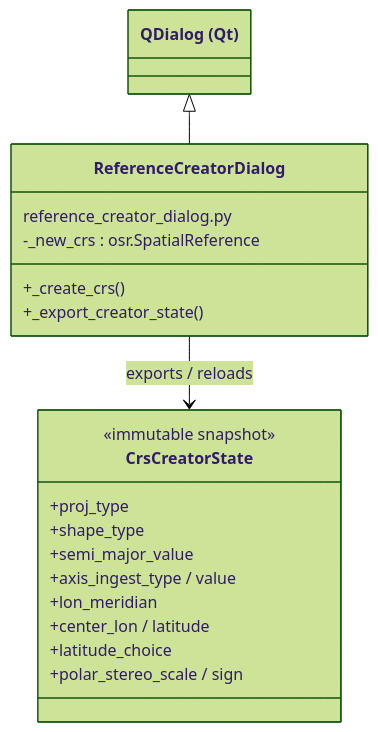
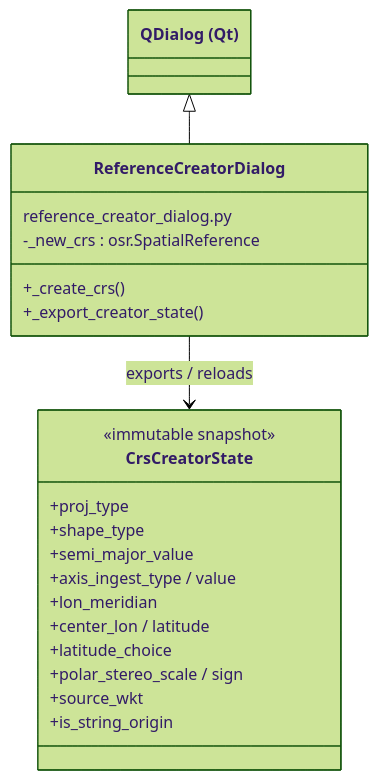
Before and after one commit to Ehlmann-research-group/WISER: the second of 2 diagrams in doc/sphinx-general-wiser-docs/source/developer-content/crs-creator-internals.md, drawn with Mermaid (forest theme). The commit also changed other lines of this file, not shown here.

````diff
--- a/doc/sphinx-general-wiser-docs/source/developer-content/crs-creator-internals.md
+++ b/doc/sphinx-general-wiser-docs/source/developer-content/crs-creator-internals.md
@@ -41,23 +54,25 @@
 ```{mermaid}
 classDiagram
     class QDialog["QDialog (Qt)"]
     class ReferenceCreatorDialog {
         reference_creator_dialog.py
         +_create_crs()
         +_export_creator_state()
         -_new_crs : osr.SpatialReference
     }
     class CrsCreatorState {
         <<immutable snapshot>>
         +proj_type
         +shape_type
         +semi_major_value
         +axis_ingest_type / value
         +lon_meridian
         +center_lon / latitude
         +latitude_choice
         +polar_stereo_scale / sign
+        +source_wkt
+        +is_string_origin
     }
     QDialog <|-- ReferenceCreatorDialog
     ReferenceCreatorDialog --> CrsCreatorState : exports / reloads
 ```
````
